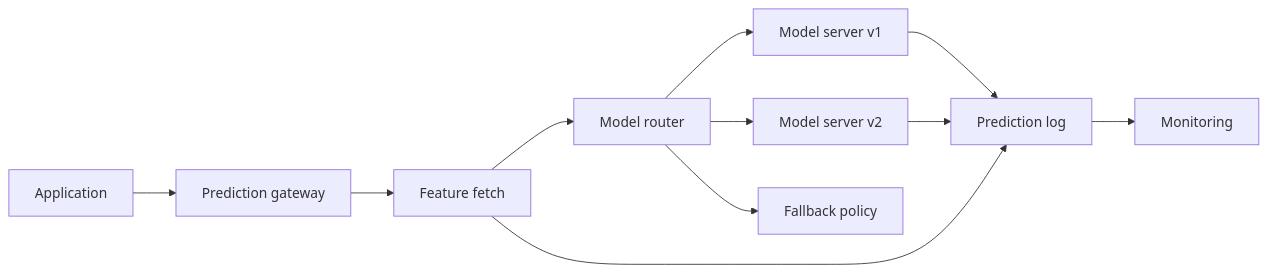
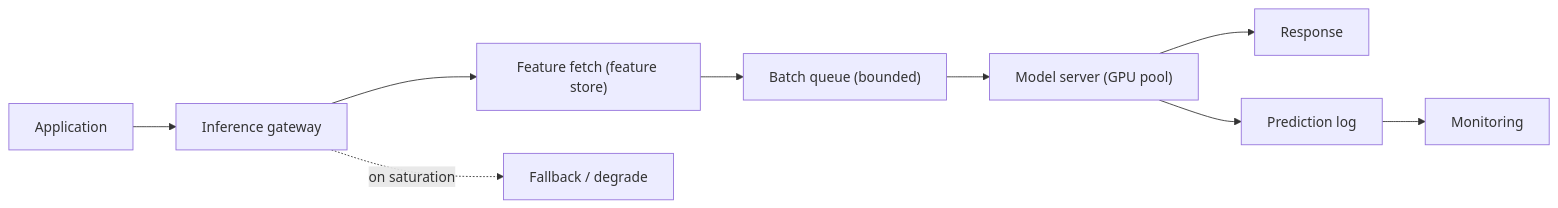
The diagram in 16-ml-systems/03-model-serving.md (binarydevelop/system-design-patterns), drawn with Mermaid before and after one commit. The commit also changed other lines of this file and 5 other files, not shown here.

````diff
--- a/16-ml-systems/03-model-serving.md
+++ b/16-ml-systems/03-model-serving.md
@@ -40,14 +101,11 @@
 ```mermaid
 flowchart LR
-    CLIENT["Application"] --> GW["Prediction gateway"]
-    GW --> FEAT["Feature fetch"]
-    FEAT --> ROUTER["Model router"]
-    ROUTER --> M1["Model server v1"]
-    ROUTER --> M2["Model server v2"]
-    ROUTER --> FALL["Fallback policy"]
-
-    M1 --> LOG["Prediction log"]
-    M2 --> LOG
-    FEAT --> LOG
+    APP["Application"] --> GW["Inference gateway"]
+    GW --> FEAT["Feature fetch (feature store)"]
+    FEAT --> Q["Batch queue (bounded)"]
+    Q --> SRV["Model server (GPU pool)"]
+    SRV --> RESP["Response"]
+    SRV --> LOG["Prediction log"]
+    GW -. on saturation .-> FALL["Fallback / degrade"]
     LOG --> MON["Monitoring"]
 ```
````
